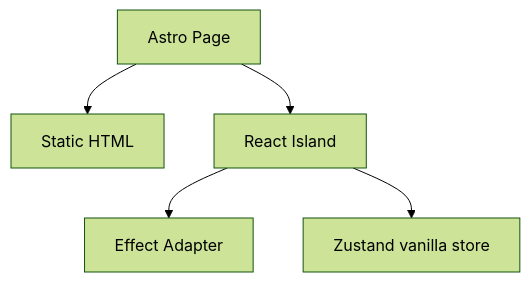
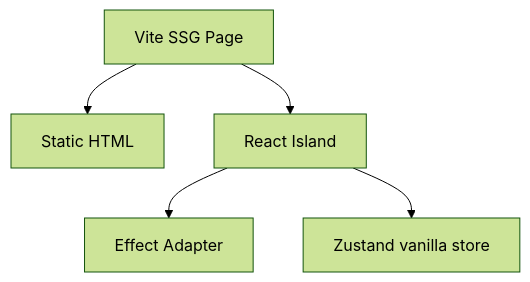
Before and after one commit to mimifuwacc/mimifuwa.cc: the second of 3 diagrams in docs/architecture/02-design-principles.md, drawn with Mermaid (forest theme). The commit also changed other lines of this file and 72 other files, not shown here.

````diff
--- a/docs/architecture/02-design-principles.md
+++ b/docs/architecture/02-design-principles.md
@@ -63,7 +63,7 @@
 ```mermaid
 flowchart TD
-  Page[Astro Page] --> Static[Static HTML]
+  Page[Vite SSG Page] --> Static[Static HTML]
   Page --> Island[React Island]
   Island --> Adapter[Effect Adapter]
   Island --> Store[Zustand vanilla store]
 ```
````
